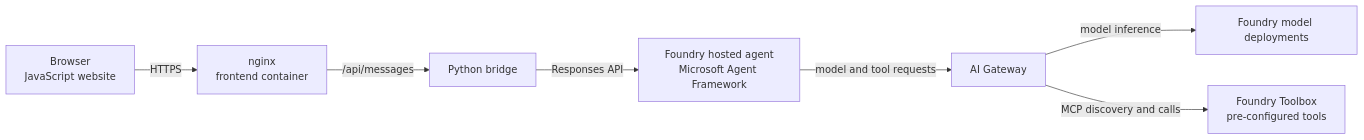
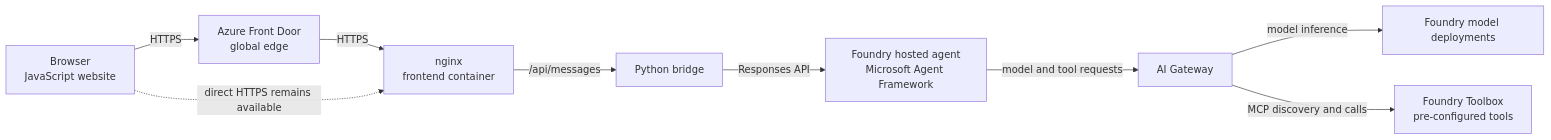
The diagram in README.md (JFolberth/ski-school), drawn with Mermaid before and after one commit. The commit also changed other lines of this file and 9 other files, not shown here.

Commit message:
Document Front Door and rename workflows

````diff
--- a/README.md
+++ b/README.md
@@ -11,17 +11,21 @@
 ```mermaid
 flowchart LR
   Browser["Browser<br/>JavaScript website"]
   Web["nginx<br/>frontend container"]
   Bridge["Python bridge"]
   Agent["Foundry hosted agent<br/>Microsoft Agent Framework"]
   Gateway["AI Gateway"]
   Models["Foundry model deployments"]
   Toolbox["Foundry Toolbox<br/>pre-configured tools"]
 
-  Browser -->|HTTPS| Web
+  FrontDoor["Azure Front Door<br/>global edge"]
+
+  Browser -->|HTTPS| FrontDoor
+  FrontDoor -->|HTTPS| Web
+  Browser -.->|direct HTTPS remains available| Web
   Web -->|"/api/messages"| Bridge
   Bridge -->|Responses API| Agent
   Agent -->|model and tool requests| Gateway
   Gateway -->|model inference| Models
   Gateway -->|MCP discovery and calls| Toolbox
 ```
````
